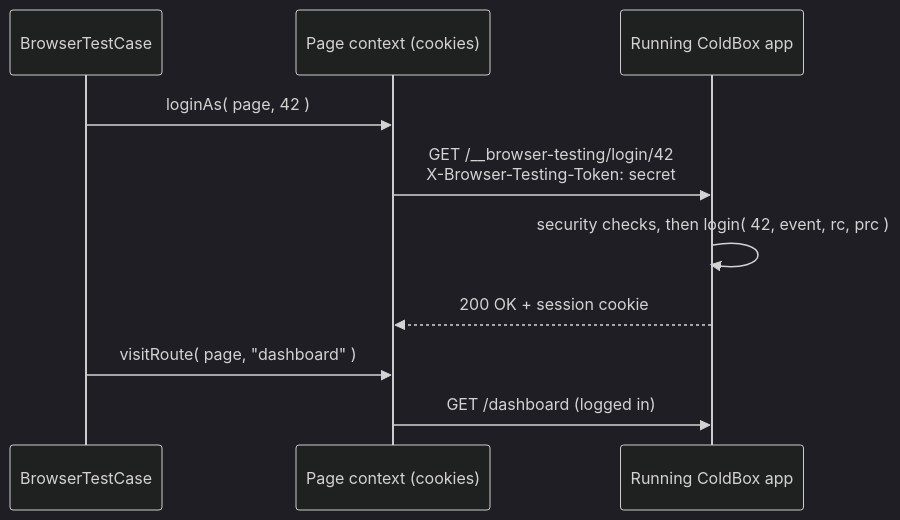
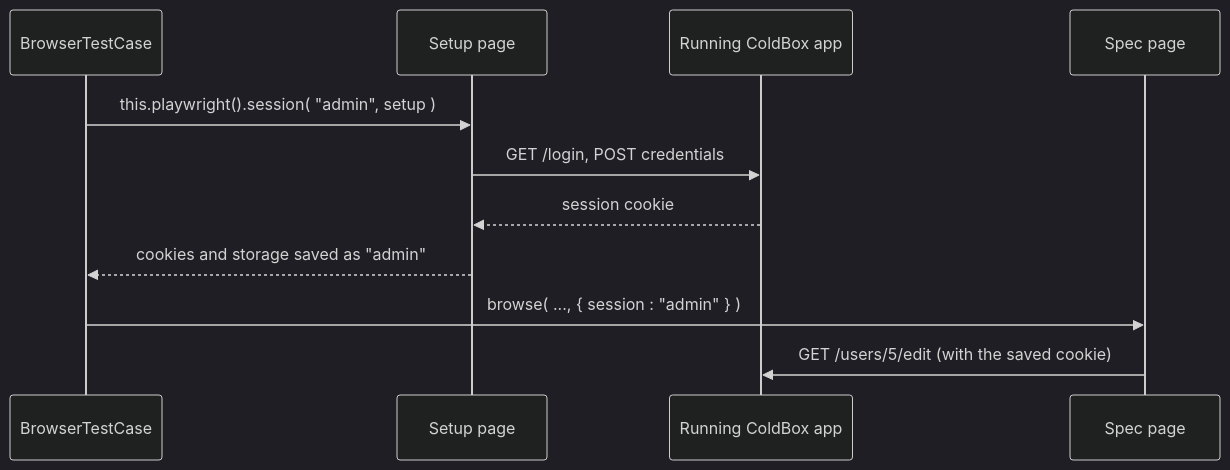
The diagram in the-basics/testing-quick-start/browser-testing/authentication.md (ortus-docs/coldbox-docs), drawn with Mermaid (dark theme) before and after one commit. The commit also changed other lines of this file and 7 other files, not shown here.

First line of the commit message:
Replace loginAs() and the BrowserTesting module with saved sessions

````diff
--- a/the-basics/testing-quick-start/browser-testing/authentication.md
+++ b/the-basics/testing-quick-start/browser-testing/authentication.md
@@ -32,12 +56,13 @@
 ```mermaid
 sequenceDiagram
     participant Spec as BrowserTestCase
-    participant Ctx as Page context (cookies)
+    participant Setup as Setup page
     participant App as Running ColdBox app
-    Spec->>Ctx: loginAs( page, 42 )
-    Ctx->>App: GET /__browser-testing/login/42<br/>X-Browser-Testing-Token: secret
-    App->>App: security checks, then login( 42, event, rc, prc )
-    App-->>Ctx: 200 OK + session cookie
-    Spec->>Ctx: visitRoute( page, "dashboard" )
-    Ctx->>App: GET /dashboard (logged in)
+    participant Page as Spec page
+    Spec->>Setup: this.playwright().session( "admin", setup )
+    Setup->>App: GET /login, POST credentials
+    App-->>Setup: session cookie
+    Setup-->>Spec: cookies and storage saved as "admin"
+    Spec->>Page: browse( ..., { session : "admin" } )
+    Page->>App: GET /users/5/edit (with the saved cookie)
 ```
````
